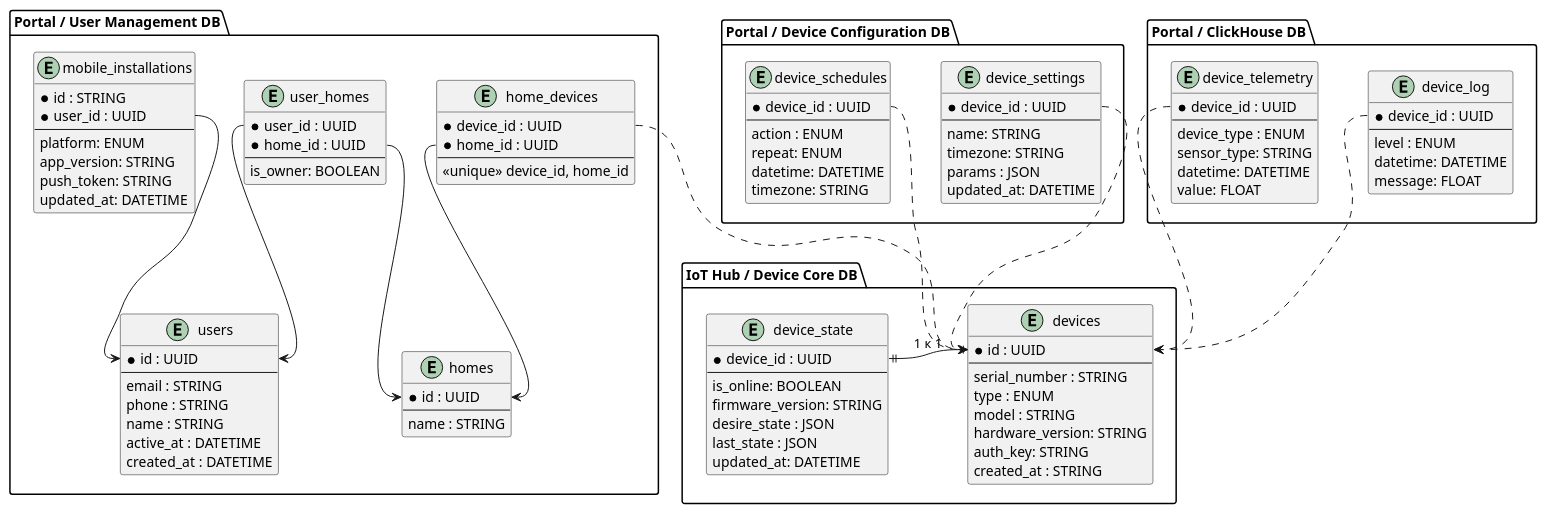
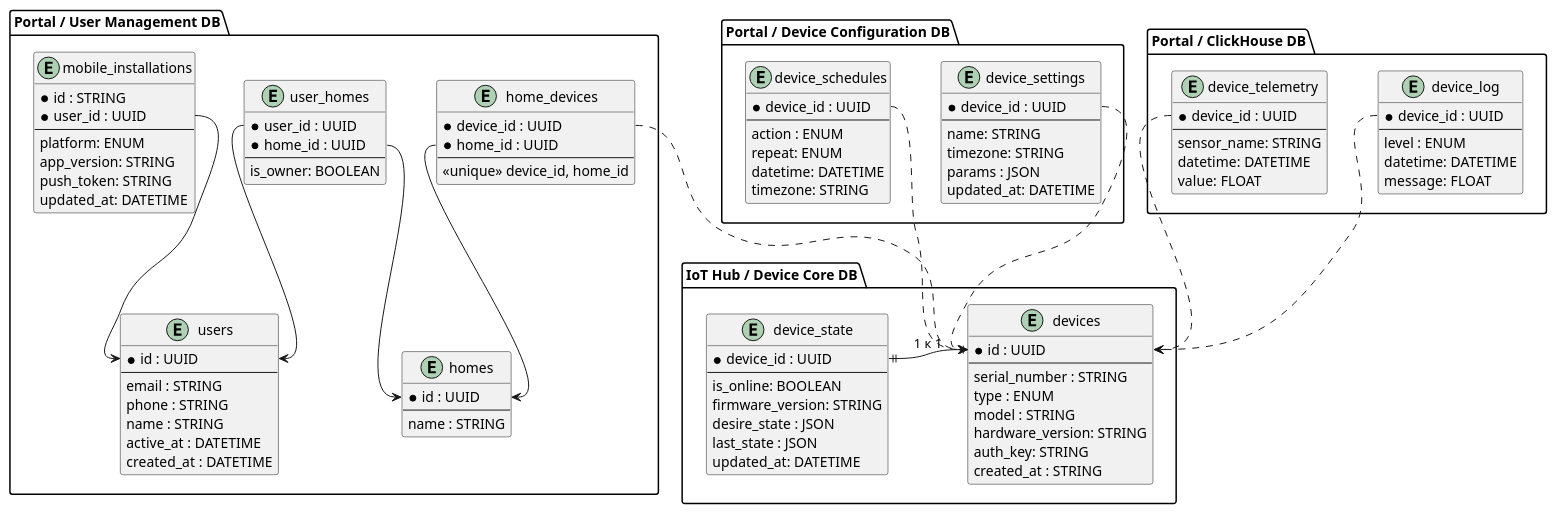
One commit to sapl/yandex-practicum-sprint-3 changed the diagram in tasks/task-1-2/er-diagram.puml. Above: the diagram before and after it, drawn with PlantUML. The commit also changed 29 other files, not shown here.

```diff
--- a/tasks/task-1-2/er-diagram.puml
+++ b/tasks/task-1-2/er-diagram.puml
@@ -1,124 +1,123 @@
 @startuml
 
 
 package "IoT Hub / Device Core DB" {
 
     entity devices {
         * id : UUID
         --
         serial_number : STRING
         type : ENUM
         model : STRING
         hardware_version: STRING
         auth_key: STRING
         created_at : STRING
     }
 
 
     entity device_state {
         * device_id : UUID
         --
         is_online: BOOLEAN
         firmware_version: STRING
         desire_state : JSON
         last_state : JSON
         updated_at: DATETIME
     }
 
     device_state::device_id ||-|| devices::id : 1 к 1
 }
 
 package "Portal / User Management DB" {
     entity users {
         * id : UUID
         --
         email : STRING
         phone : STRING
         name : STRING
         active_at : DATETIME
         created_at : DATETIME
     }
 
     entity homes {
         * id : UUID
         --
         name : STRING
     }
 
     entity user_homes {
         * user_id : UUID
         * home_id : UUID
         --
         is_owner: BOOLEAN
     }
 
     entity home_devices {
         * device_id : UUID
         * home_id : UUID
         --
         <<unique>> device_id, home_id
     }
 
     entity mobile_installations {
         * id : STRING
         * user_id : UUID
         --
         platform: ENUM
         app_version: STRING
         push_token: STRING
         updated_at: DATETIME
     }
 
     home_devices::home_id  --> homes::id
     user_homes::home_id  --> homes::id
     user_homes::user_id  --> users::id
     mobile_installations::user_id --> users::id
 }
 
 package "Portal / Device Configuration DB" {
     entity device_schedules {
         * device_id : UUID
         --
         action : ENUM
         repeat: ENUM
         datetime: DATETIME
         timezone: STRING
     }
 
      entity device_settings {
         * device_id : UUID
         --
         name: STRING
         timezone: STRING
         params : JSON
         updated_at: DATETIME
      }
 }
 
 package "Portal / ClickHouse DB" {
     entity device_telemetry {
         * device_id : UUID
         --
-        device_type : ENUM
-        sensor_type: STRING
+        sensor_name: STRING
         datetime: DATETIME
         value: FLOAT
     }
 
     entity device_log {
         * device_id : UUID
         --
         level : ENUM
         datetime: DATETIME
         message: FLOAT
     }
 }
 
 
 home_devices::device_id  .-> devices::id
 device_telemetry::device_id  .-> devices::id
 device_log::device_id  .-> devices::id
 device_schedules::device_id  .-> devices::id
 device_settings::device_id  .-> devices::id
 
 @enduml
```
